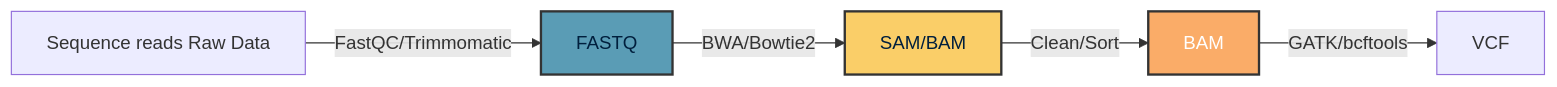
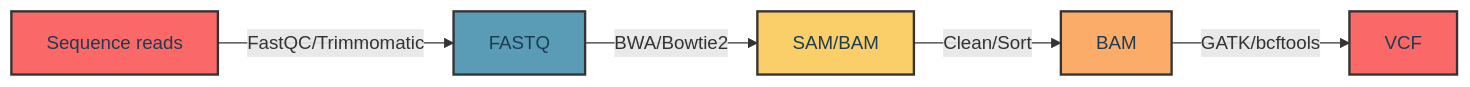
Before and after one commit to ColonnaLab/LongReadSeqDataAnalysis: the third of 3 diagrams in lessons/day2-shortread-1.md, drawn with Mermaid.

Commit message:
lesson2 short

`````diff
--- a/lessons/day2-shortread-1.md
+++ b/lessons/day2-shortread-1.md
@@ -34,11 +34,14 @@
 ````mermaid
 graph LR
-    A[Sequence reads Raw Data] -->|FastQC/Trimmomatic| B[FASTQ]
+    A[Sequence reads] -->|FastQC/Trimmomatic| B[FASTQ]
     B -->|BWA/Bowtie2| C[SAM/BAM]
     C -->|Clean/Sort| D[BAM]
     D -->|GATK/bcftools| E[VCF]
     
-    style B fill:#5A9CB5,stroke:#333,stroke-width:2px,color:#001F3D
-    style C fill:#FACE68,stroke:#333,stroke-width:2px,color:#001F3D
-    style D fill:#FAAC68,stroke:#333,stroke-width:2px,color:#fff
+    style A fill:#FA6868,stroke:#333,stroke-width:2px,color:#1B3C53
+    style B fill:#5A9CB5,stroke:#333,stroke-width:2px,color:#1B3C53
+    style C fill:#FACE68,stroke:#333,stroke-width:2px,color:#1B3C53
+    style D fill:#FAAC68,stroke:#333,stroke-width:2px,color:#1B3C53
+    style E fill:#FA6868,stroke:#333,stroke-width:2px,color:#1B3C53
+
 ````
`````
